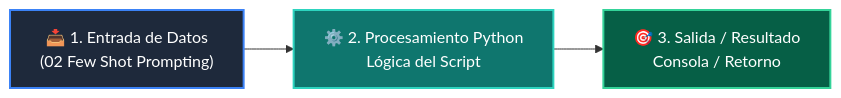
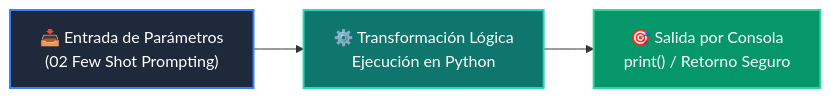
The diagram in 03-agentes-ia/clase-02-prompt-engineering-avanzado/ejemplos/ejemplo_02_few_shot_prompting/README.md (wisrovi/wisrovi-python), drawn with Mermaid before and after one commit. The commit also changed other lines of this file and 226 other files, not shown here.

Commit message:
docs: elevate all repository READMEs to world-class mastery standard with rich pedagogical architecture, custom Mermaids, and professional styling

````diff
--- a/03-agentes-ia/clase-02-prompt-engineering-avanzado/ejemplos/ejemplo_02_few_shot_prompting/README.md
+++ b/03-agentes-ia/clase-02-prompt-engineering-avanzado/ejemplos/ejemplo_02_few_shot_prompting/README.md
@@ -12,9 +19,9 @@
 ```mermaid
 flowchart LR
-    A["📥 1. Entrada de Datos<br/>(02 Few Shot Prompting)"] --> B["⚙️ 2. Procesamiento Python<br/>Lógica del Script"]
-    B --> C["🎯 3. Salida / Resultado<br/>Consola / Retorno"]
+    A["📥 Entrada de Parámetros<br/>(02 Few Shot Prompting)"] --> B["⚙️ Transformación Lógica<br/>Ejecución en Python"]
+    B --> C["🎯 Salida por Consola<br/>print() / Retorno Seguro"]
 
-    style A fill:#1e293b,color:#fff,stroke:#3b82f6,stroke-width:2px
-    style B fill:#0f766e,color:#fff,stroke:#2dd4bf,stroke-width:2px
-    style C fill:#065f46,color:#fff,stroke:#34d399,stroke-width:2px
+    style A fill:#1e293b,color:#ffffff,stroke:#3b82f6,stroke-width:2px
+    style B fill:#0f766e,color:#ffffff,stroke:#2dd4bf,stroke-width:2px
+    style C fill:#059669,color:#ffffff,stroke:#34d399,stroke-width:2px
 ```
````
